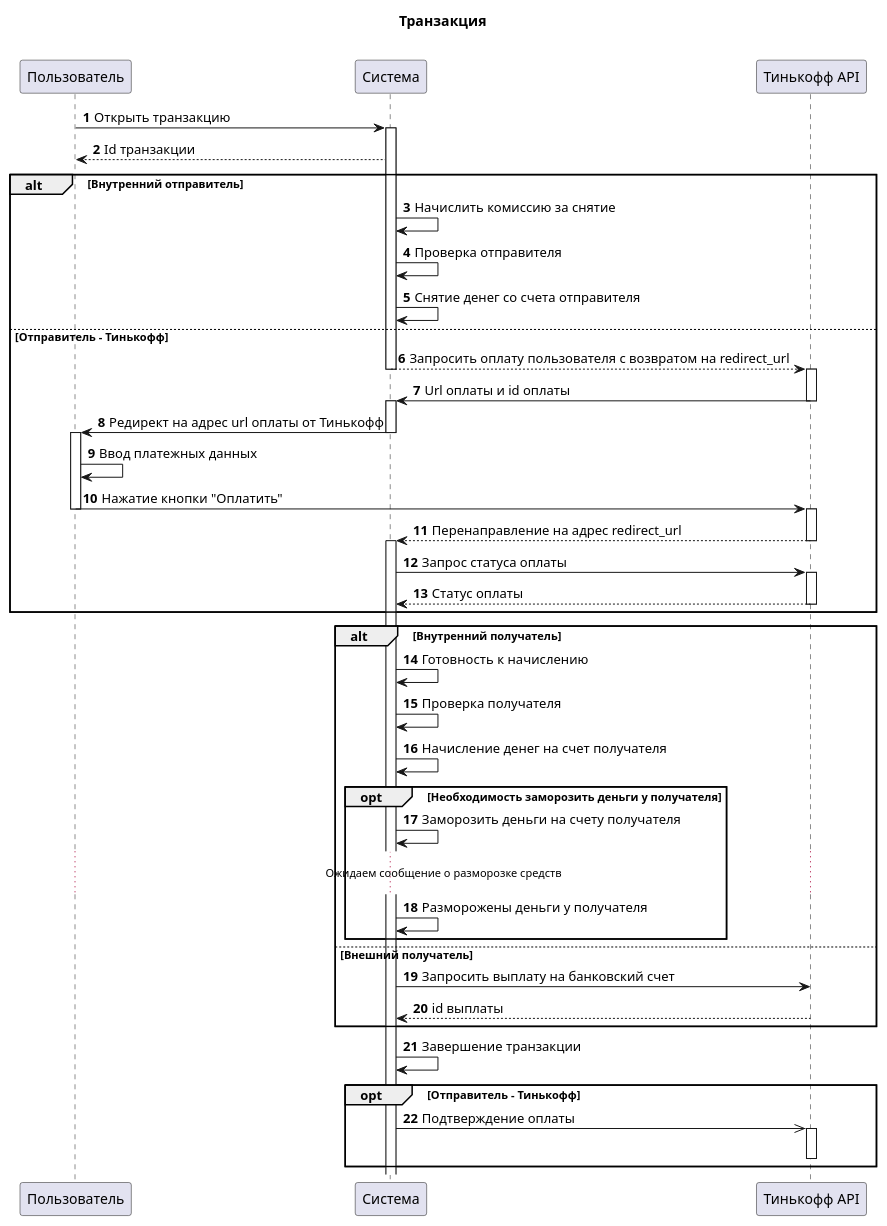
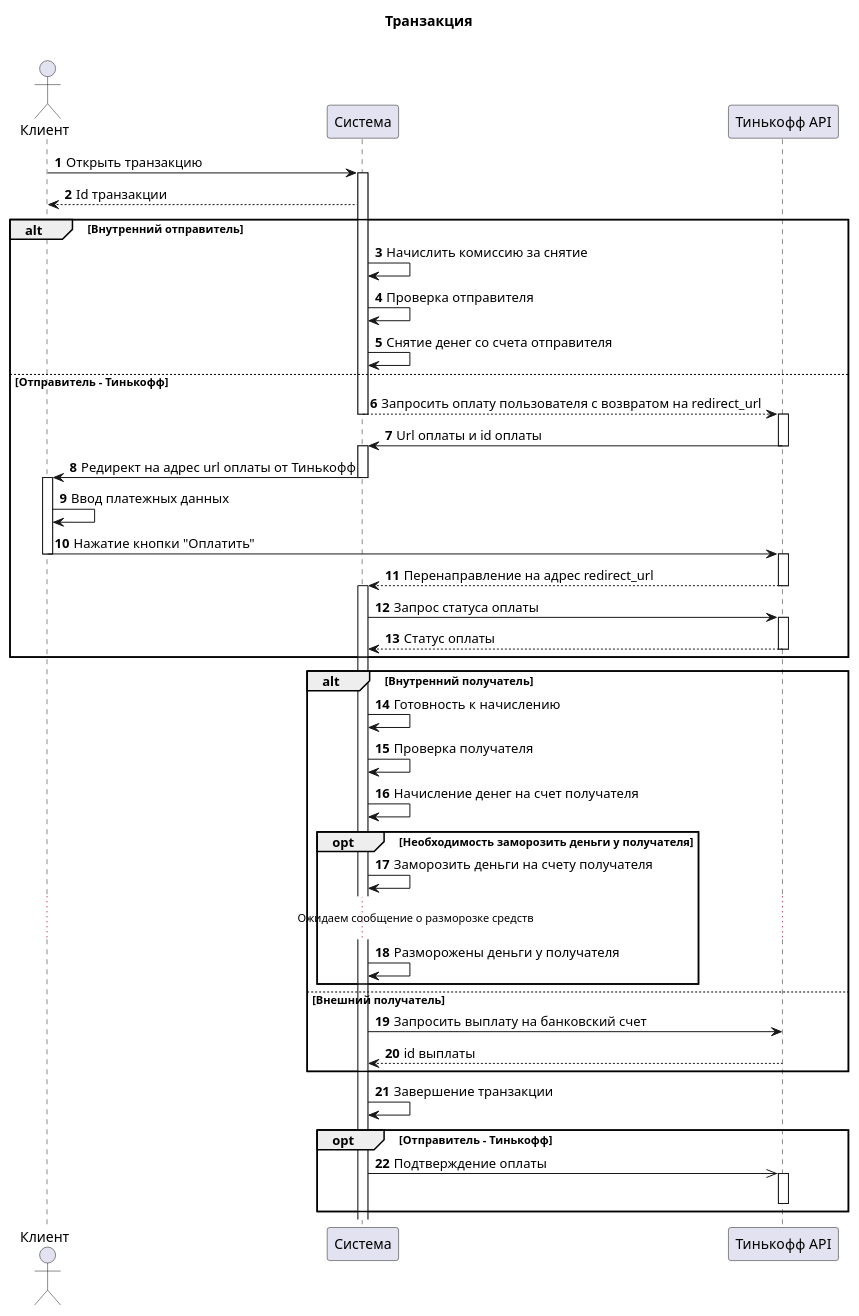
One commit to Makunika/apelsin-pay changed the diagram in .uml/transaction_seq.plantuml. Above: the diagram before and after it, drawn with PlantUML. The commit also changed 6 other files, not shown here.

```diff
--- a/.uml/transaction_seq.plantuml
+++ b/.uml/transaction_seq.plantuml
@@ -1,44 +1,45 @@
 @startuml
 title Транзакция\n
 autonumber 1
-"Пользователь" as p -> "Система" as sys : Открыть транзакцию
+actor "Клиент" as p
+p -> "Система" as sys : Открыть транзакцию
 activate sys
 sys --> p : Id транзакции
 alt Внутренний отправитель
     sys -> sys: Начислить комиссию за снятие
     sys -> sys: Проверка отправителя
     sys -> sys: Снятие денег со счета отправителя
 else Отправитель - Тинькофф
     sys --> "Тинькофф API" as t --++: Запросить оплату пользователя с возвратом на redirect_url
     t -> sys --++: Url оплаты и id оплаты
     sys -> p --++: Редирект на адрес url оплаты от Тинькофф
     p -> p : Ввод платежных данных
     p -> t --++: Нажатие кнопки "Оплатить"
     t --> sys --++: Перенаправление на адрес redirect_url
     sys -> t ++: Запрос статуса оплаты
     t --> sys --: Статус оплаты
 end
 
 alt Внутренний получатель
     sys -> sys: Готовность к начислению
     sys -> sys: Проверка получателя
     sys -> sys: Начисление денег на счет получателя
     opt Необходимость заморозить деньги у получателя
         sys -> sys: Заморозить деньги на счету получателя
         ...Ожидаем сообщение о разморозке средств...
         sys -> sys: Разморожены деньги у получателя
     end
 else Внешний получатель
     sys -> t: Запросить выплату на банковский счет
     t --> sys: id выплаты
 end
 
 sys -> sys: Завершение транзакции
 
 opt Отправитель - Тинькофф
     sys ->> t ++: Подтверждение оплаты
     deactivate t
 end
 
 
 @enduml
```
